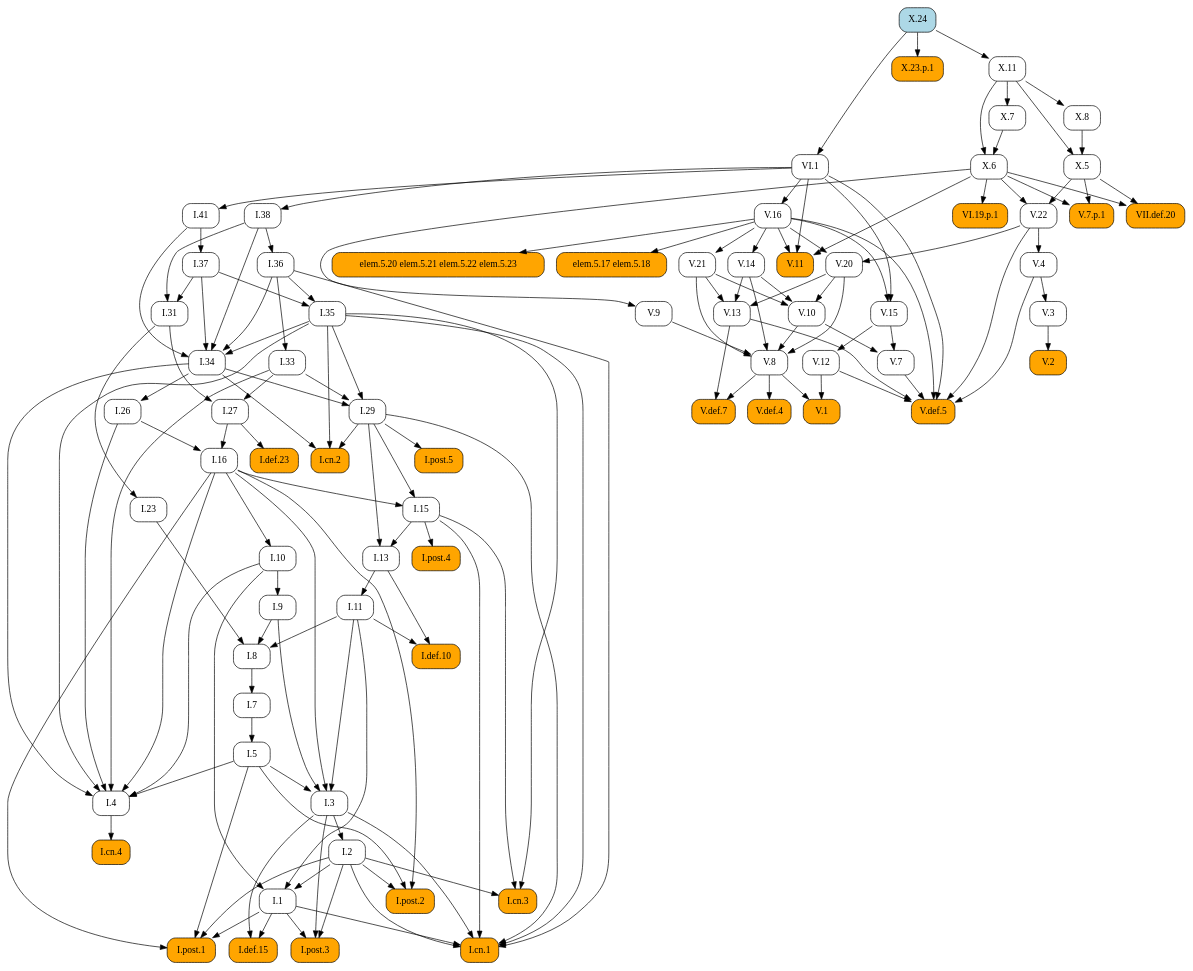
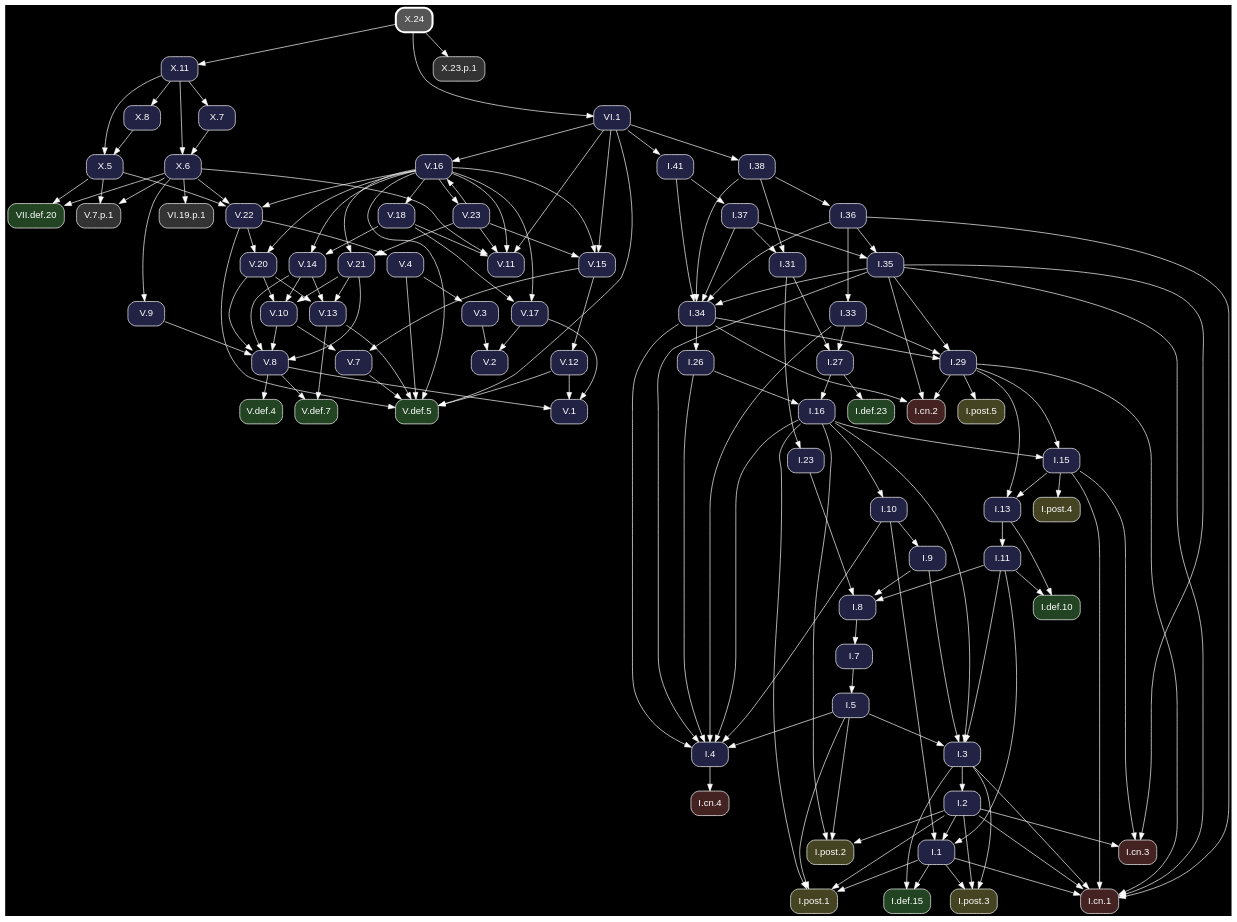
One commit to geometor/elements changed the diagram in docsrc/heath/X/24/index.rst. Above: the diagram before and after it, drawn with Graphviz. The commit also changed other lines of this file and 1200 other files, not shown here.

Commit message:
update dependency graphs

```diff
--- a/docsrc/heath/X/24/index.rst
+++ b/docsrc/heath/X/24/index.rst
@@ -31,130 +31,188 @@
 .. graphviz::
 
    digraph {
+     bgcolor="black";
+     node [shape=box, style="rounded,filled", fontname="Helvetica", color="white", fontcolor="white"];
+     edge [color="white", fontcolor="white"];
      rankdir="TB";
-     node [shape=box, style=rounded];
-     "I.23" [URL="/heath/I/23/", target="_top"];
-     "I.9" [URL="/heath/I/9/", target="_top"];
-     "I.def.15" [style="rounded,filled", fillcolor=orange, URL="/heath/I/def.15/", target="_top"];
-     "V.13" [URL="/heath/V/13/", target="_top"];
-     "V.7" [URL="/heath/V/7/", target="_top"];
-     "elem.5.17 elem.5.18" [style="rounded,filled", fillcolor=orange];
-     "V.7.p.1" [style="rounded,filled", fillcolor=orange];
-     "I.post.1" [style="rounded,filled", fillcolor=orange, URL="/heath/I/post.1/", target="_top"];
-     "V.14" [URL="/heath/V/14/", target="_top"];
-     "X.6" [URL="/heath/X/6/", target="_top"];
-     "V.9" [URL="/heath/V/9/", target="_top"];
-     "I.31" [URL="/heath/I/31/", target="_top"];
-     "V.10" [URL="/heath/V/10/", target="_top"];
-     "I.def.10" [style="rounded,filled", fillcolor=orange, URL="/heath/I/def.10/", target="_top"];
-     "V.4" [URL="/heath/V/4/", target="_top"];
-     "VI.1" [URL="/heath/VI/1/", target="_top"];
-     "V.11" [style="rounded,filled", fillcolor=orange, URL="/heath/V/11/", target="_top"];
-     "I.34" [URL="/heath/I/34/", target="_top"];
-     "VII.def.20" [style="rounded,filled", fillcolor=orange, URL="/heath/VII/def.20/", target="_top"];
-     "I.3" [URL="/heath/I/3/", target="_top"];
-     "V.def.4" [style="rounded,filled", fillcolor=orange, URL="/heath/V/def.4/", target="_top"];
-     "V.def.7" [style="rounded,filled", fillcolor=orange, URL="/heath/V/def.7/", target="_top"];
-     "V.21" [URL="/heath/V/21/", target="_top"];
-     "I.2" [URL="/heath/I/2/", target="_top"];
-     "V.3" [URL="/heath/V/3/", target="_top"];
-     "I.13" [URL="/heath/I/13/", target="_top"];
-     "I.post.4" [style="rounded,filled", fillcolor=orange, URL="/heath/I/post.4/", target="_top"];
-     "I.4" [URL="/heath/I/4/", target="_top"];
-     "I.1" [URL="/heath/I/1/", target="_top"];
-     "X.23.p.1" [style="rounded,filled", fillcolor=orange];
-     "I.8" [URL="/heath/I/8/", target="_top"];
-     "I.29" [URL="/heath/I/29/", target="_top"];
-     "I.38" [URL="/heath/I/38/", target="_top"];
-     "V.8" [URL="/heath/V/8/", target="_top"];
-     "I.15" [URL="/heath/I/15/", target="_top"];
-     "I.10" [URL="/heath/I/10/", target="_top"];
-     "I.11" [URL="/heath/I/11/", target="_top"];
-     "I.def.23" [style="rounded,filled", fillcolor=orange, URL="/heath/I/def.23/", target="_top"];
-     "I.26" [URL="/heath/I/26/", target="_top"];
-     "V.16" [URL="/heath/V/16/", target="_top"];
-     "I.33" [URL="/heath/I/33/", target="_top"];
-     "X.11" [URL="/heath/X/11/", target="_top"];
-     "X.8" [URL="/heath/X/8/", target="_top"];
-     "I.post.3" [style="rounded,filled", fillcolor=orange, URL="/heath/I/post.3/", target="_top"];
-     "V.def.5" [style="rounded,filled", fillcolor=orange, URL="/heath/V/def.5/", target="_top"];
-     "X.24" [style="rounded,filled", fillcolor=lightblue, URL="/heath/X/24/", target="_top"];
-     "V.20" [URL="/heath/V/20/", target="_top"];
-     "I.27" [URL="/heath/I/27/", target="_top"];
-     "V.12" [URL="/heath/V/12/", target="_top"];
-     "I.35" [URL="/heath/I/35/", target="_top"];
-     "I.cn.1" [style="rounded,filled", fillcolor=orange, URL="/heath/I/cn.1/", target="_top"];
-     "V.2" [style="rounded,filled", fillcolor=orange, URL="/heath/V/2/", target="_top"];
-     "I.7" [URL="/heath/I/7/", target="_top"];
-     "I.36" [URL="/heath/I/36/", target="_top"];
-     "X.5" [URL="/heath/X/5/", target="_top"];
-     "I.5" [URL="/heath/I/5/", target="_top"];
-     "I.37" [URL="/heath/I/37/", target="_top"];
-     "VI.19.p.1" [style="rounded,filled", fillcolor=orange];
-     "I.cn.3" [style="rounded,filled", fillcolor=orange, URL="/heath/I/cn.3/", target="_top"];
-     "I.16" [URL="/heath/I/16/", target="_top"];
-     "X.7" [URL="/heath/X/7/", target="_top"];
-     "V.22" [URL="/heath/V/22/", target="_top"];
-     "V.1" [style="rounded,filled", fillcolor=orange, URL="/heath/V/1/", target="_top"];
-     "I.cn.2" [style="rounded,filled", fillcolor=orange, URL="/heath/I/cn.2/", target="_top"];
-     "I.post.5" [style="rounded,filled", fillcolor=orange, URL="/heath/I/post.5/", target="_top"];
-     "I.cn.4" [style="rounded,filled", fillcolor=orange, URL="/heath/I/cn.4/", target="_top"];
-     "I.41" [URL="/heath/I/41/", target="_top"];
-     "V.15" [URL="/heath/V/15/", target="_top"];
-     "I.post.2" [style="rounded,filled", fillcolor=orange, URL="/heath/I/post.2/", target="_top"];
-     "elem.5.20 elem.5.21 elem.5.22 elem.5.23" [style="rounded,filled", fillcolor=orange];
-     "I.31" -> "I.23";
-     "I.10" -> "I.9";
-     "I.1" -> "I.def.15";
-     "I.3" -> "I.def.15";
+     "V.15" [fillcolor="#222244", URL="/heath/V/15/", target="_top"];
+     "X.6" [fillcolor="#222244", URL="/heath/X/6/", target="_top"];
+     "X.23.p.1" [fillcolor="#333333"];
+     "I.cn.1" [fillcolor="#442222", URL="/heath/I/cn.1/", target="_top"];
+     "V.18" [fillcolor="#222244", URL="/heath/V/18/", target="_top"];
+     "V.14" [fillcolor="#222244", URL="/heath/V/14/", target="_top"];
+     "I.27" [fillcolor="#222244", URL="/heath/I/27/", target="_top"];
+     "V.23" [fillcolor="#222244", URL="/heath/V/23/", target="_top"];
+     "I.2" [fillcolor="#222244", URL="/heath/I/2/", target="_top"];
+     "I.41" [fillcolor="#222244", URL="/heath/I/41/", target="_top"];
+     "I.post.4" [fillcolor="#444422", URL="/heath/I/post.4/", target="_top"];
+     "I.26" [fillcolor="#222244", URL="/heath/I/26/", target="_top"];
+     "I.8" [fillcolor="#222244", URL="/heath/I/8/", target="_top"];
+     "V.4" [fillcolor="#222244", URL="/heath/V/4/", target="_top"];
+     "V.16" [fillcolor="#222244", URL="/heath/V/16/", target="_top"];
+     "I.7" [fillcolor="#222244", URL="/heath/I/7/", target="_top"];
+     "I.5" [fillcolor="#222244", URL="/heath/I/5/", target="_top"];
+     "V.11" [fillcolor="#222244", URL="/heath/V/11/", target="_top"];
+     "X.24" [penwidth=3, color="white", fillcolor="#555555", URL="/heath/X/24/", target="_top"];
+     "V.def.4" [fillcolor="#224422", URL="/heath/V/def.4/", target="_top"];
+     "V.20" [fillcolor="#222244", URL="/heath/V/20/", target="_top"];
+     "X.5" [fillcolor="#222244", URL="/heath/X/5/", target="_top"];
+     "I.11" [fillcolor="#222244", URL="/heath/I/11/", target="_top"];
+     "I.37" [fillcolor="#222244", URL="/heath/I/37/", target="_top"];
+     "I.cn.3" [fillcolor="#442222", URL="/heath/I/cn.3/", target="_top"];
+     "I.36" [fillcolor="#222244", URL="/heath/I/36/", target="_top"];
+     "I.38" [fillcolor="#222244", URL="/heath/I/38/", target="_top"];
+     "I.post.2" [fillcolor="#444422", URL="/heath/I/post.2/", target="_top"];
+     "I.def.23" [fillcolor="#224422", URL="/heath/I/def.23/", target="_top"];
+     "X.8" [fillcolor="#222244", URL="/heath/X/8/", target="_top"];
+     "I.35" [fillcolor="#222244", URL="/heath/I/35/", target="_top"];
+     "I.post.3" [fillcolor="#444422", URL="/heath/I/post.3/", target="_top"];
+     "V.13" [fillcolor="#222244", URL="/heath/V/13/", target="_top"];
+     "I.33" [fillcolor="#222244", URL="/heath/I/33/", target="_top"];
+     "V.8" [fillcolor="#222244", URL="/heath/V/8/", target="_top"];
+     "V.10" [fillcolor="#222244", URL="/heath/V/10/", target="_top"];
+     "V.def.5" [fillcolor="#224422", URL="/heath/V/def.5/", target="_top"];
+     "V.22" [fillcolor="#222244", URL="/heath/V/22/", target="_top"];
+     "I.31" [fillcolor="#222244", URL="/heath/I/31/", target="_top"];
+     "I.3" [fillcolor="#222244", URL="/heath/I/3/", target="_top"];
+     "V.12" [fillcolor="#222244", URL="/heath/V/12/", target="_top"];
+     "I.def.10" [fillcolor="#224422", URL="/heath/I/def.10/", target="_top"];
+     "I.15" [fillcolor="#222244", URL="/heath/I/15/", target="_top"];
+     "VII.def.20" [fillcolor="#224422", URL="/heath/VII/def.20/", target="_top"];
+     "X.11" [fillcolor="#222244", URL="/heath/X/11/", target="_top"];
+     "I.13" [fillcolor="#222244", URL="/heath/I/13/", target="_top"];
+     "X.7" [fillcolor="#222244", URL="/heath/X/7/", target="_top"];
+     "I.cn.2" [fillcolor="#442222", URL="/heath/I/cn.2/", target="_top"];
+     "I.9" [fillcolor="#222244", URL="/heath/I/9/", target="_top"];
+     "VI.19.p.1" [fillcolor="#333333"];
+     "I.1" [fillcolor="#222244", URL="/heath/I/1/", target="_top"];
+     "I.post.5" [fillcolor="#444422", URL="/heath/I/post.5/", target="_top"];
+     "I.23" [fillcolor="#222244", URL="/heath/I/23/", target="_top"];
+     "I.4" [fillcolor="#222244", URL="/heath/I/4/", target="_top"];
+     "V.7" [fillcolor="#222244", URL="/heath/V/7/", target="_top"];
+     "V.9" [fillcolor="#222244", URL="/heath/V/9/", target="_top"];
+     "VI.1" [fillcolor="#222244", URL="/heath/VI/1/", target="_top"];
+     "I.10" [fillcolor="#222244", URL="/heath/I/10/", target="_top"];
+     "V.def.7" [fillcolor="#224422", URL="/heath/V/def.7/", target="_top"];
+     "I.post.1" [fillcolor="#444422", URL="/heath/I/post.1/", target="_top"];
+     "I.16" [fillcolor="#222244", URL="/heath/I/16/", target="_top"];
+     "I.29" [fillcolor="#222244", URL="/heath/I/29/", target="_top"];
+     "I.cn.4" [fillcolor="#442222", URL="/heath/I/cn.4/", target="_top"];
+     "V.2" [fillcolor="#222244", URL="/heath/V/2/", target="_top"];
+     "V.1" [fillcolor="#222244", URL="/heath/V/1/", target="_top"];
+     "V.21" [fillcolor="#222244", URL="/heath/V/21/", target="_top"];
+     "V.7.p.1" [fillcolor="#333333"];
+     "I.34" [fillcolor="#222244", URL="/heath/I/34/", target="_top"];
+     "I.def.15" [fillcolor="#224422", URL="/heath/I/def.15/", target="_top"];
+     "V.3" [fillcolor="#222244", URL="/heath/V/3/", target="_top"];
+     "V.17" [fillcolor="#222244", URL="/heath/V/17/", target="_top"];
+     "V.16" -> "V.15";
+     "V.23" -> "V.15";
+     "VI.1" -> "V.15";
+     "X.7" -> "X.6";
+     "X.11" -> "X.6";
+     "X.24" -> "X.23.p.1";
+     "I.1" -> "I.cn.1";
+     "I.2" -> "I.cn.1";
+     "I.3" -> "I.cn.1";
+     "I.15" -> "I.cn.1";
+     "I.29" -> "I.cn.1";
+     "I.35" -> "I.cn.1";
+     "I.36" -> "I.cn.1";
+     "V.16" -> "V.18";
+     "V.16" -> "V.14";
+     "V.18" -> "V.14";
+     "I.31" -> "I.27";
+     "I.33" -> "I.27";
+     "V.16" -> "V.23";
+     "I.3" -> "I.2";
+     "VI.1" -> "I.41";
+     "I.15" -> "I.post.4";
+     "I.34" -> "I.26";
+     "I.9" -> "I.8";
+     "I.11" -> "I.8";
+     "I.23" -> "I.8";
+     "V.22" -> "V.4";
+     "V.23" -> "V.16";
+     "VI.1" -> "V.16";
+     "I.8" -> "I.7";
+     "I.7" -> "I.5";
+     "V.16" -> "V.11";
+     "V.18" -> "V.11";
+     "V.23" -> "V.11";
+     "VI.1" -> "V.11";
+     "X.6" -> "V.11";
+     "V.8" -> "V.def.4";
+     "V.16" -> "V.20";
+     "V.22" -> "V.20";
+     "X.8" -> "X.5";
+     "X.11" -> "X.5";
+     "I.13" -> "I.11";
+     "I.41" -> "I.37";
+     "I.2" -> "I.cn.3";
+     "I.15" -> "I.cn.3";
+     "I.35" -> "I.cn.3";
+     "I.38" -> "I.36";
+     "VI.1" -> "I.38";
+     "I.2" -> "I.post.2";
+     "I.5" -> "I.post.2";
+     "I.16" -> "I.post.2";
+     "I.27" -> "I.def.23";
+     "X.11" -> "X.8";
+     "I.36" -> "I.35";
+     "I.37" -> "I.35";
+     "I.1" -> "I.post.3";
+     "I.2" -> "I.post.3";
+     "I.3" -> "I.post.3";
      "V.14" -> "V.13";
      "V.20" -> "V.13";
      "V.21" -> "V.13";
-     "V.10" -> "V.7";
-     "V.15" -> "V.7";
-     "V.16" -> "elem.5.17 elem.5.18";
-     "X.5" -> "V.7.p.1";
-     "X.6" -> "V.7.p.1";
-     "I.1" -> "I.post.1";
-     "I.2" -> "I.post.1";
-     "I.5" -> "I.post.1";
-     "I.16" -> "I.post.1";
-     "V.16" -> "V.14";
-     "X.7" -> "X.6";
-     "X.11" -> "X.6";
-     "X.6" -> "V.9";
-     "I.37" -> "I.31";
-     "I.38" -> "I.31";
+     "I.36" -> "I.33";
+     "V.9" -> "V.8";
+     "V.10" -> "V.8";
+     "V.14" -> "V.8";
+     "V.20" -> "V.8";
+     "V.21" -> "V.8";
      "V.14" -> "V.10";
      "V.20" -> "V.10";
      "V.21" -> "V.10";
-     "I.11" -> "I.def.10";
-     "I.13" -> "I.def.10";
-     "V.22" -> "V.4";
-     "X.24" -> "VI.1";
-     "V.16" -> "V.11";
-     "VI.1" -> "V.11";
-     "X.6" -> "V.11";
-     "I.35" -> "I.34";
-     "I.36" -> "I.34";
-     "I.37" -> "I.34";
-     "I.38" -> "I.34";
-     "I.41" -> "I.34";
-     "X.5" -> "VII.def.20";
-     "X.6" -> "VII.def.20";
+     "V.4" -> "V.def.5";
+     "V.7" -> "V.def.5";
+     "V.12" -> "V.def.5";
+     "V.13" -> "V.def.5";
+     "V.16" -> "V.def.5";
+     "V.22" -> "V.def.5";
+     "VI.1" -> "V.def.5";
+     "V.16" -> "V.22";
+     "X.5" -> "V.22";
+     "X.6" -> "V.22";
+     "I.37" -> "I.31";
+     "I.38" -> "I.31";
      "I.5" -> "I.3";
      "I.9" -> "I.3";
      "I.11" -> "I.3";
      "I.16" -> "I.3";
-     "V.8" -> "V.def.4";
-     "V.8" -> "V.def.7";
-     "V.13" -> "V.def.7";
-     "V.16" -> "V.21";
-     "I.3" -> "I.2";
-     "V.4" -> "V.3";
+     "V.15" -> "V.12";
+     "I.11" -> "I.def.10";
+     "I.13" -> "I.def.10";
+     "I.16" -> "I.15";
+     "I.29" -> "I.15";
+     "X.5" -> "VII.def.20";
+     "X.6" -> "VII.def.20";
+     "X.24" -> "X.11";
      "I.15" -> "I.13";
      "I.29" -> "I.13";
-     "I.15" -> "I.post.4";
+     "X.11" -> "X.7";
+     "I.29" -> "I.cn.2";
+     "I.34" -> "I.cn.2";
+     "I.35" -> "I.cn.2";
+     "I.10" -> "I.9";
+     "X.6" -> "VI.19.p.1";
+     "I.2" -> "I.1";
+     "I.10" -> "I.1";
+     "I.11" -> "I.1";
+     "I.29" -> "I.post.5";
+     "I.31" -> "I.23";
      "I.5" -> "I.4";
      "I.10" -> "I.4";
      "I.16" -> "I.4";
@@ -162,84 +220,40 @@
      "I.33" -> "I.4";
      "I.34" -> "I.4";
      "I.35" -> "I.4";
-     "I.2" -> "I.1";
-     "I.10" -> "I.1";
-     "I.11" -> "I.1";
-     "X.24" -> "X.23.p.1";
-     "I.9" -> "I.8";
-     "I.11" -> "I.8";
-     "I.23" -> "I.8";
+     "V.10" -> "V.7";
+     "V.15" -> "V.7";
+     "X.6" -> "V.9";
+     "X.24" -> "VI.1";
+     "I.16" -> "I.10";
+     "V.8" -> "V.def.7";
+     "V.13" -> "V.def.7";
+     "I.1" -> "I.post.1";
+     "I.2" -> "I.post.1";
+     "I.5" -> "I.post.1";
+     "I.16" -> "I.post.1";
+     "I.26" -> "I.16";
+     "I.27" -> "I.16";
      "I.33" -> "I.29";
      "I.34" -> "I.29";
      "I.35" -> "I.29";
-     "VI.1" -> "I.38";
-     "V.9" -> "V.8";
-     "V.10" -> "V.8";
-     "V.14" -> "V.8";
-     "V.20" -> "V.8";
-     "V.21" -> "V.8";
-     "I.16" -> "I.15";
-     "I.29" -> "I.15";
-     "I.16" -> "I.10";
-     "I.13" -> "I.11";
-     "I.27" -> "I.def.23";
-     "I.34" -> "I.26";
-     "VI.1" -> "V.16";
-     "I.36" -> "I.33";
-     "X.24" -> "X.11";
-     "X.11" -> "X.8";
-     "I.1" -> "I.post.3";
-     "I.2" -> "I.post.3";
-     "I.3" -> "I.post.3";
-     "V.4" -> "V.def.5";
-     "V.7" -> "V.def.5";
-     "V.12" -> "V.def.5";
-     "V.13" -> "V.def.5";
-     "V.16" -> "V.def.5";
-     "V.22" -> "V.def.5";
-     "VI.1" -> "V.def.5";
-     "V.16" -> "V.20";
-     "V.22" -> "V.20";
-     "I.31" -> "I.27";
-     "I.33" -> "I.27";
-     "V.15" -> "V.12";
-     "I.36" -> "I.35";
-     "I.37" -> "I.35";
-     "I.1" -> "I.cn.1";
-     "I.2" -> "I.cn.1";
-     "I.3" -> "I.cn.1";
-     "I.15" -> "I.cn.1";
-     "I.29" -> "I.cn.1";
-     "I.35" -> "I.cn.1";
-     "I.36" -> "I.cn.1";
+     "I.4" -> "I.cn.4";
      "V.3" -> "V.2";
-     "I.8" -> "I.7";
-     "I.38" -> "I.36";
-     "X.8" -> "X.5";
-     "X.11" -> "X.5";
-     "I.7" -> "I.5";
-     "I.41" -> "I.37";
-     "X.6" -> "VI.19.p.1";
-     "I.2" -> "I.cn.3";
-     "I.15" -> "I.cn.3";
-     "I.35" -> "I.cn.3";
-     "I.26" -> "I.16";
-     "I.27" -> "I.16";
-     "X.11" -> "X.7";
-     "X.5" -> "V.22";
-     "X.6" -> "V.22";
+     "V.17" -> "V.2";
      "V.8" -> "V.1";
      "V.12" -> "V.1";
-     "I.29" -> "I.cn.2";
-     "I.34" -> "I.cn.2";
-     "I.35" -> "I.cn.2";
-     "I.29" -> "I.post.5";
-     "I.4" -> "I.cn.4";
-     "VI.1" -> "I.41";
-     "V.16" -> "V.15";
-     "VI.1" -> "V.15";
-     "I.2" -> "I.post.2";
-     "I.5" -> "I.post.2";
-     "I.16" -> "I.post.2";
-     "V.16" -> "elem.5.20 elem.5.21 elem.5.22 elem.5.23";
+     "V.17" -> "V.1";
+     "V.16" -> "V.21";
+     "V.23" -> "V.21";
+     "X.5" -> "V.7.p.1";
+     "X.6" -> "V.7.p.1";
+     "I.35" -> "I.34";
+     "I.36" -> "I.34";
+     "I.37" -> "I.34";
+     "I.38" -> "I.34";
+     "I.41" -> "I.34";
+     "I.1" -> "I.def.15";
+     "I.3" -> "I.def.15";
+     "V.4" -> "V.3";
+     "V.16" -> "V.17";
+     "V.18" -> "V.17";
    }
```
